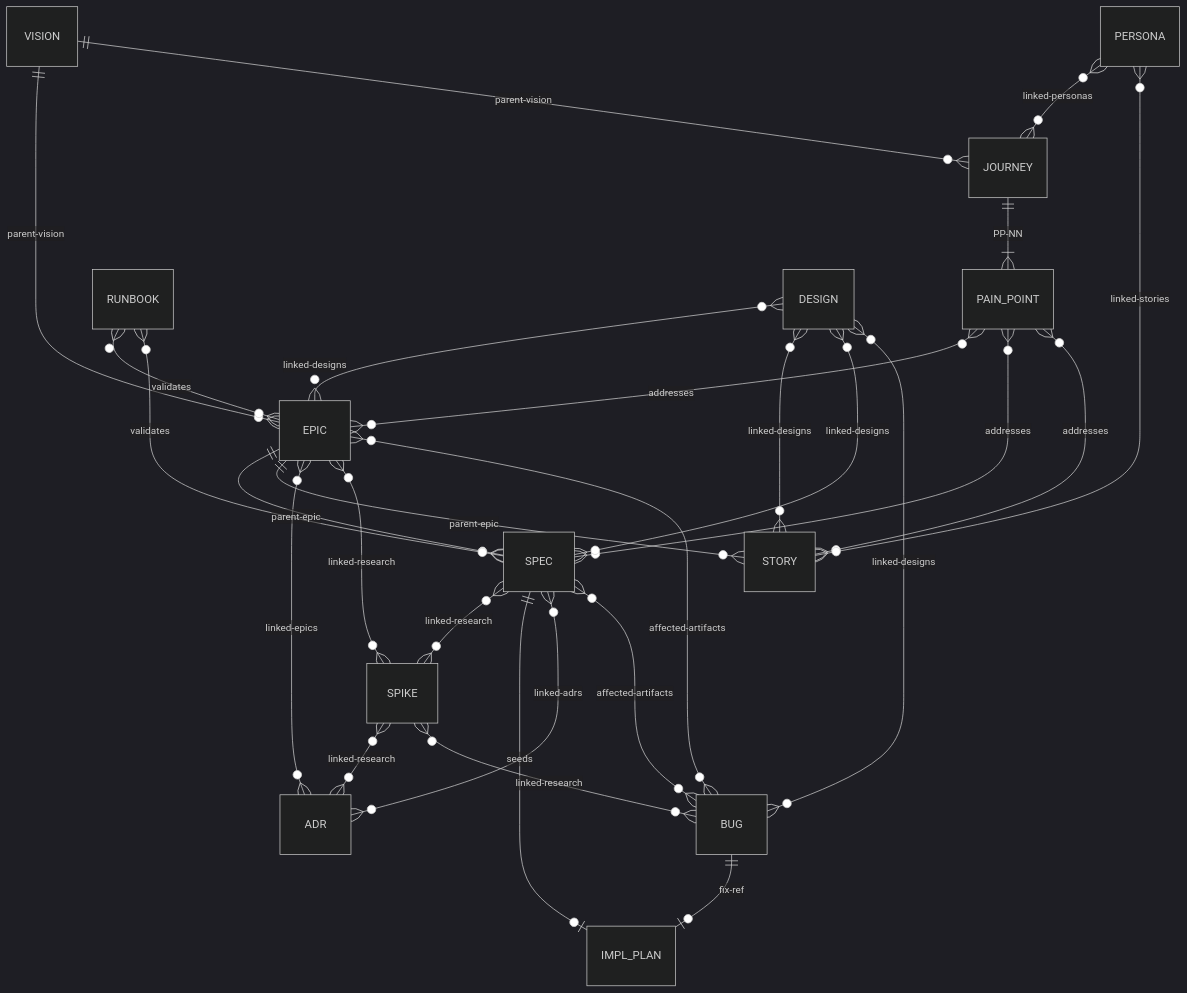
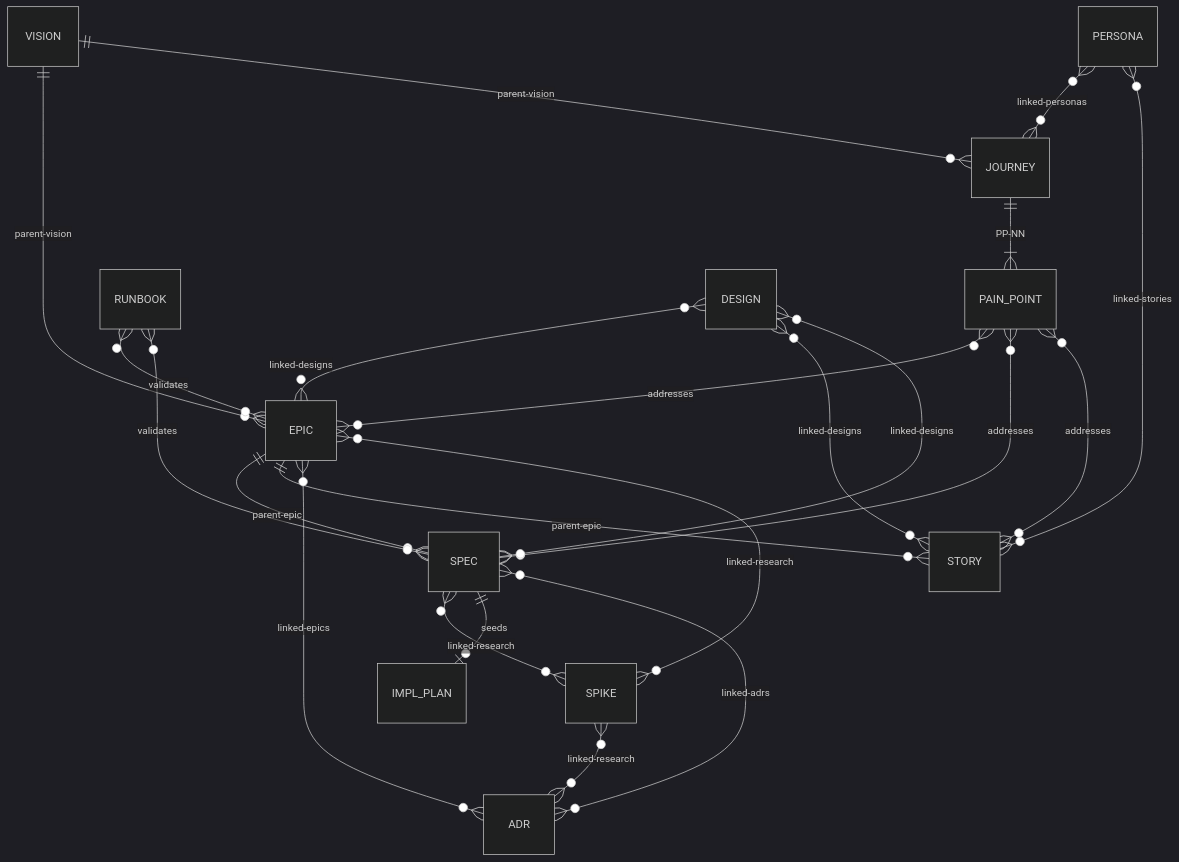
Before and after one commit to cristoslc/tidegate: the diagram in .agents/skills/swain-design/SKILL.md, drawn with Mermaid (dark theme). The commit also changed other lines of this file and 387 other files, not shown here.

````diff
--- a/.agents/skills/swain-design/SKILL.md
+++ b/.agents/skills/swain-design/SKILL.md
@@ -187,29 +262,24 @@
 ```mermaid
 erDiagram
     VISION ||--o{ EPIC : "parent-vision"
     VISION ||--o{ JOURNEY : "parent-vision"
     EPIC ||--o{ SPEC : "parent-epic"
     EPIC ||--o{ STORY : "parent-epic"
     JOURNEY ||--|{ PAIN_POINT : "PP-NN"
     PAIN_POINT }o--o{ EPIC : "addresses"
     PAIN_POINT }o--o{ SPEC : "addresses"
     PAIN_POINT }o--o{ STORY : "addresses"
     PERSONA }o--o{ JOURNEY : "linked-personas"
     PERSONA }o--o{ STORY : "linked-stories"
     ADR }o--o{ SPEC : "linked-adrs"
     ADR }o--o{ EPIC : "linked-epics"
     SPEC }o--o{ SPIKE : "linked-research"
     SPEC ||--o| IMPL_PLAN : "seeds"
     RUNBOOK }o--o{ EPIC : "validates"
     RUNBOOK }o--o{ SPEC : "validates"
-    BUG }o--o{ SPEC : "affected-artifacts"
-    BUG }o--o{ EPIC : "affected-artifacts"
-    BUG ||--o| IMPL_PLAN : "fix-ref"
     SPIKE }o--o{ ADR : "linked-research"
     SPIKE }o--o{ EPIC : "linked-research"
-    SPIKE }o--o{ BUG : "linked-research"
     DESIGN }o--o{ EPIC : "linked-designs"
     DESIGN }o--o{ STORY : "linked-designs"
     DESIGN }o--o{ SPEC : "linked-designs"
-    DESIGN }o--o{ BUG : "linked-designs"
 ```
````
